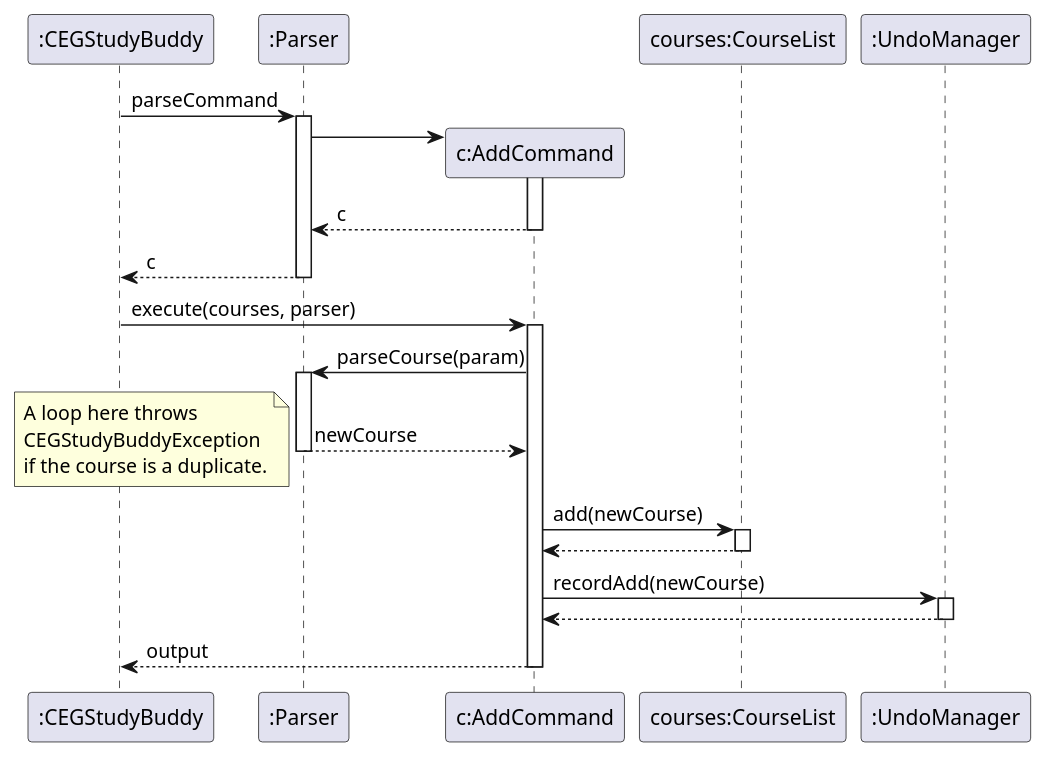
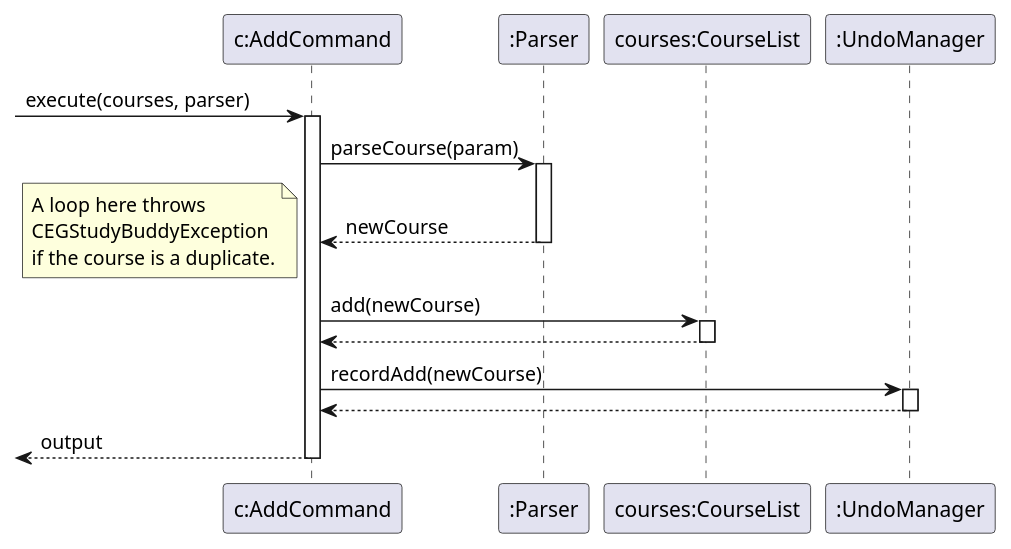
Before and after one commit to SahejAgarwal05/tp: the diagram in docs/sequence_diagrams/AddCommandSequence.puml, drawn with PlantUML. The commit also changed 12 other files, not shown here.

Commit message:
Add sequence diagrams, fix DeleteCourse abstraction

```diff
--- a/docs/sequence_diagrams/AddCommandSequence.puml
+++ b/docs/sequence_diagrams/AddCommandSequence.puml
@@ -1,40 +1,31 @@
 @startuml
 'https://plantuml.com/sequence-diagram
 
-":CEGStudyBuddy" -> ":Parser": parseCommand
-activate ":Parser"
-":Parser" -> "c:AddCommand" **
-activate "c:AddCommand"
-"c:AddCommand" --> ":Parser" : c
-deactivate "c:AddCommand"
-":Parser" --> ":CEGStudyBuddy" : c
-deactivate ":Parser"
-
-":CEGStudyBuddy" -> "c:AddCommand" : execute(courses, parser)
+[-> "c:AddCommand" : execute(courses, parser)
 activate "c:AddCommand"
 
 "c:AddCommand" -> ":Parser": parseCourse(param)
 activate ":Parser"
 ":Parser" --> "c:AddCommand": newCourse
 deactivate ":Parser"
 
 note left
     A loop here throws
     CEGStudyBuddyException
     if the course is a duplicate.
 end note
 
 "c:AddCommand" -> "courses:CourseList": add(newCourse)
 activate "courses:CourseList"
 "courses:CourseList" --> "c:AddCommand"
 deactivate "courses:CourseList"
 
 "c:AddCommand" -> ":UndoManager": recordAdd(newCourse)
 activate ":UndoManager"
 ":UndoManager" --> "c:AddCommand"
 deactivate ":UndoManager"
 
-":CEGStudyBuddy" <-- "c:AddCommand" : output
+[<-- "c:AddCommand" : output
 deactivate "c:AddCommand"
 
 @enduml
```
